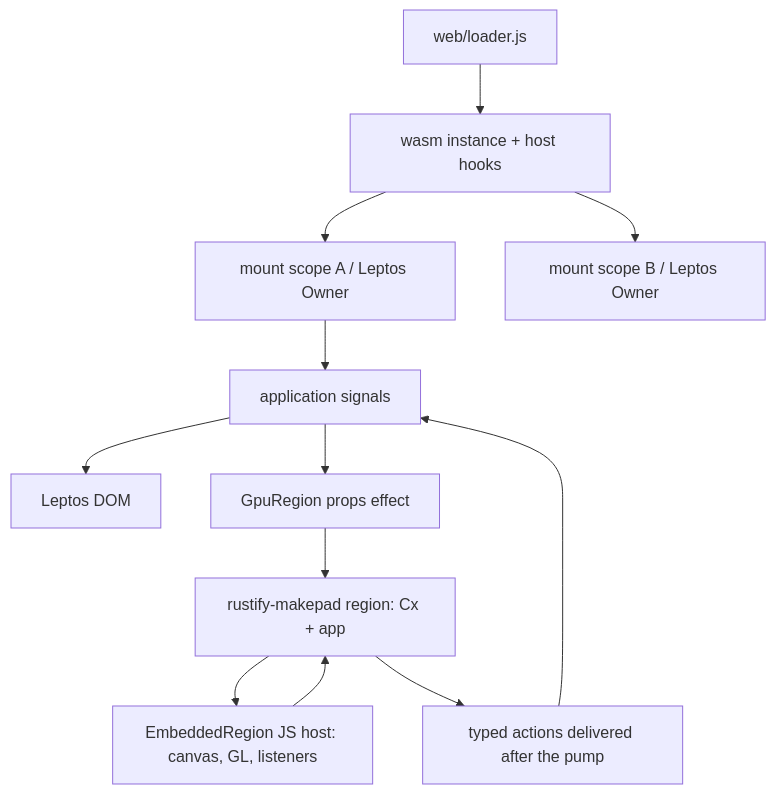
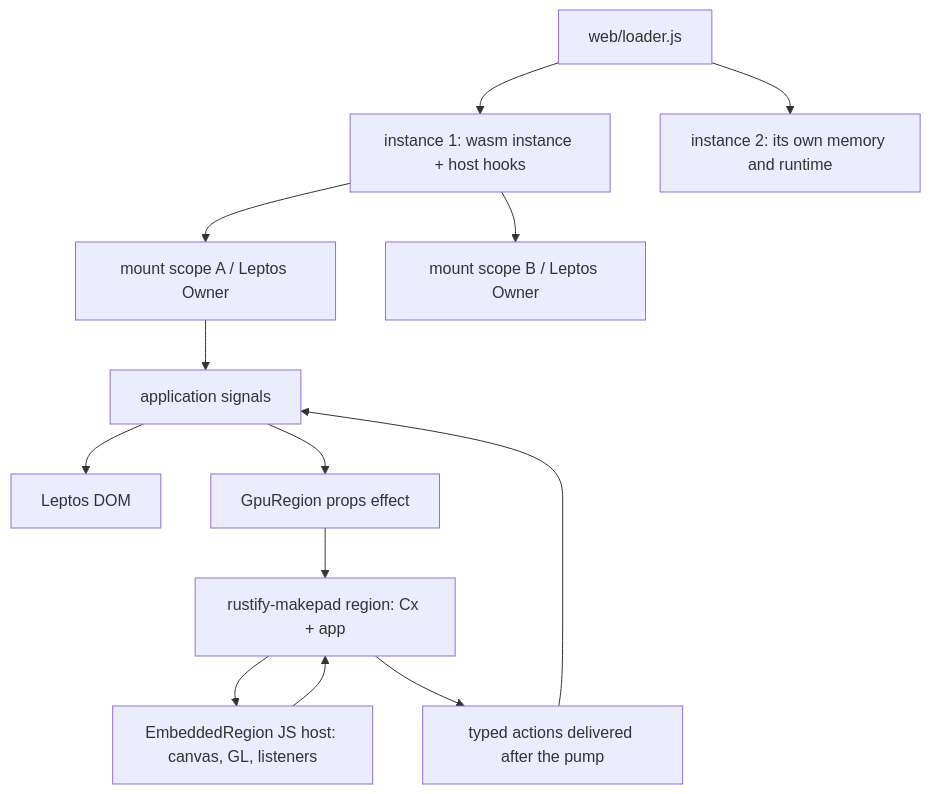
One commit to rockie/rustify-ui changed the diagram in docs/architecture.md. Above: the diagram before and after it, drawn with Mermaid. The commit also changed other lines of this file and 25 other files, not shown here.

````diff
--- a/docs/architecture.md
+++ b/docs/architecture.md
@@ -9,14 +17,15 @@
 ```mermaid
 flowchart TD
-    Loader[web/loader.js] --> Runtime[wasm instance + host hooks]
+    Loader[web/loader.js] --> Runtime[instance 1: wasm instance + host hooks]
+    Loader --> Second[instance 2: its own memory and runtime]
     Runtime --> ScopeA[mount scope A / Leptos Owner]
     Runtime --> ScopeB[mount scope B / Leptos Owner]
     ScopeA --> Signals[application signals]
     Signals --> DOM[Leptos DOM]
     Signals --> Props[GpuRegion props effect]
     Props --> Region[rustify-makepad region: Cx + app]
     Region --> Host[EmbeddedRegion JS host: canvas, GL, listeners]
     Host --> Region
     Region --> Actions[typed actions delivered after the pump]
     Actions --> Signals
 ```
````
